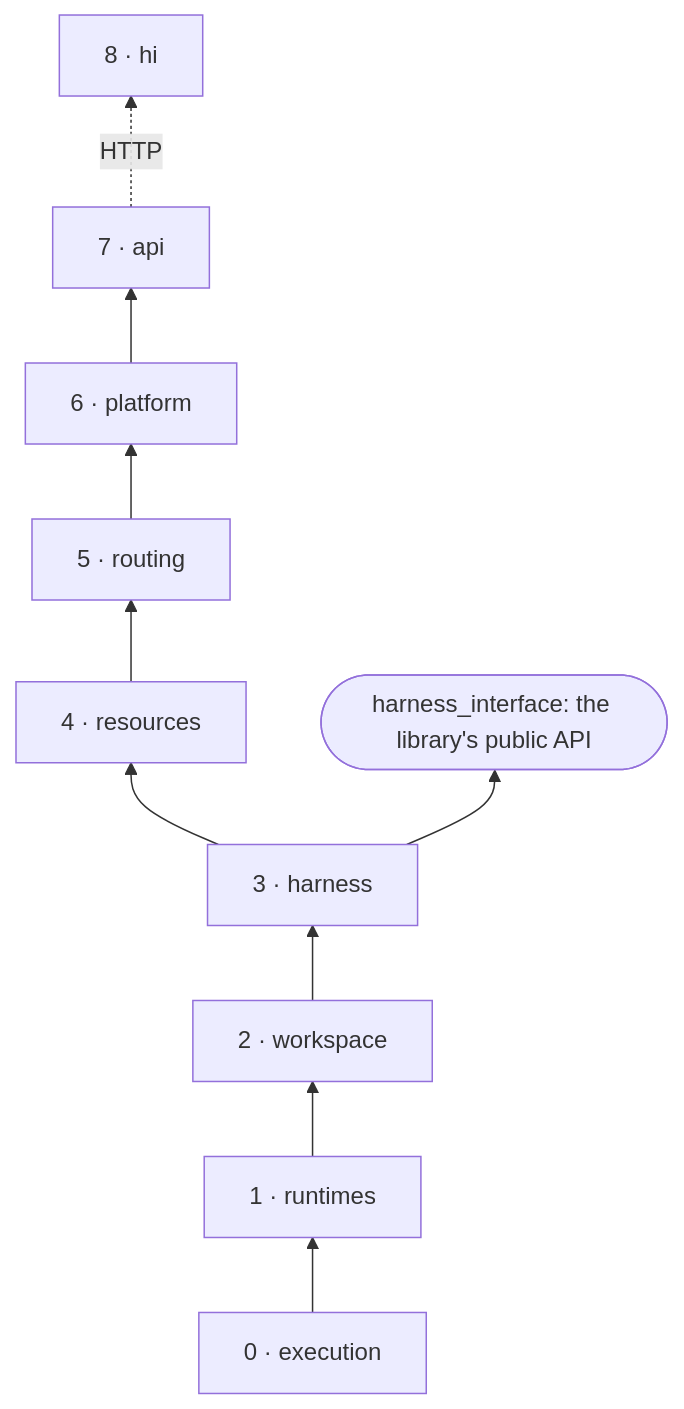
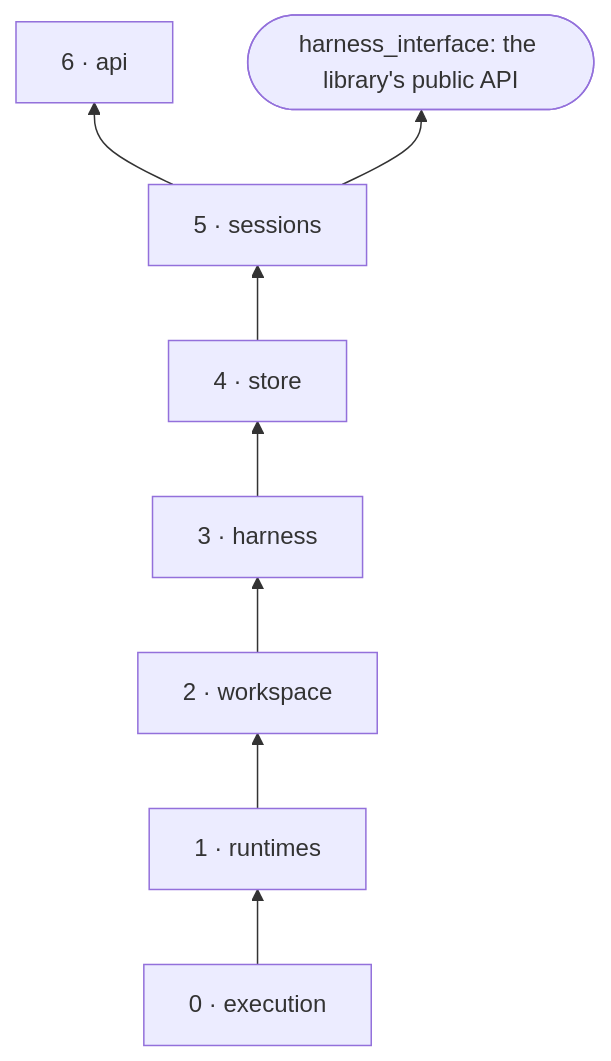
The diagram in docs/contributors/architecture.md (mrcloudchase/harness-interface), drawn with Mermaid before and after one commit. The commit also changed other lines of this file and 137 other files, not shown here.

````diff
--- a/docs/contributors/architecture.md
+++ b/docs/contributors/architecture.md
@@ -25,7 +24,6 @@
 ```mermaid
 flowchart BT
   E["0 · execution"] --> R["1 · runtimes"] --> W["2 · workspace"] --> H["3 · harness"]
-  H --> S["4 · resources"] --> T["5 · routing"] --> P["6 · platform"] --> A["7 · api"]
-  A -. HTTP .-> C["8 · hi"]
-  H --> L(["harness_interface: the library's public API"])
+  H --> S["4 · store"] --> X["5 · sessions"] --> A["6 · api"]
+  X --> L(["harness_interface: the library's public API"])
 ```
````
